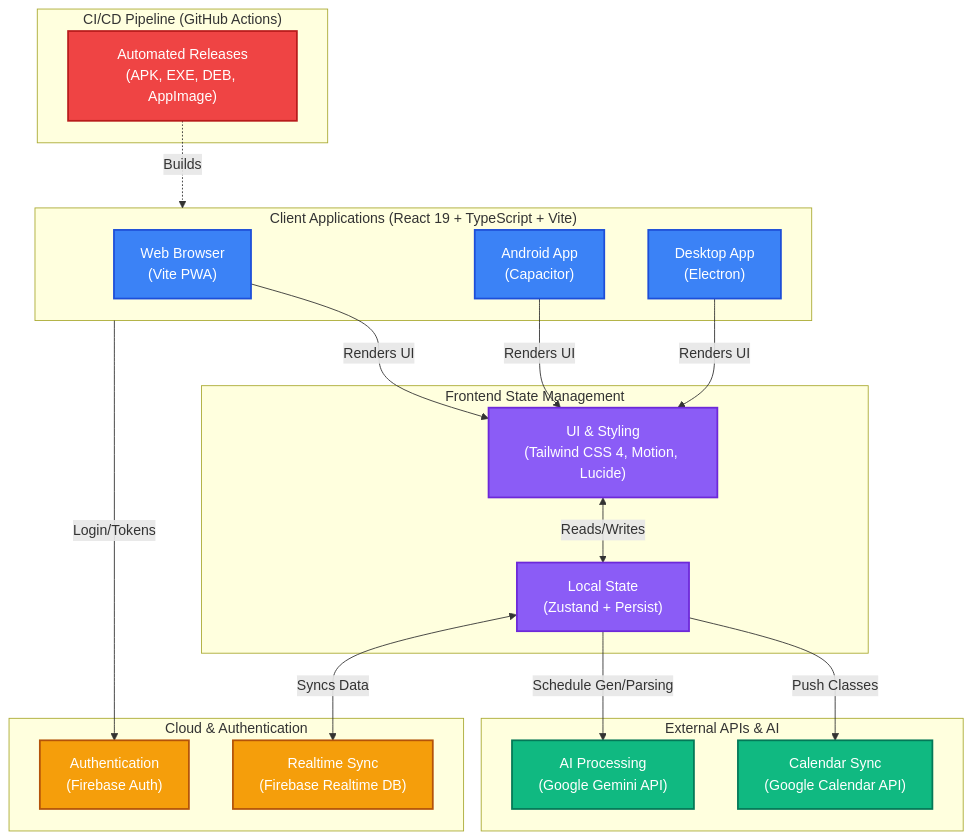
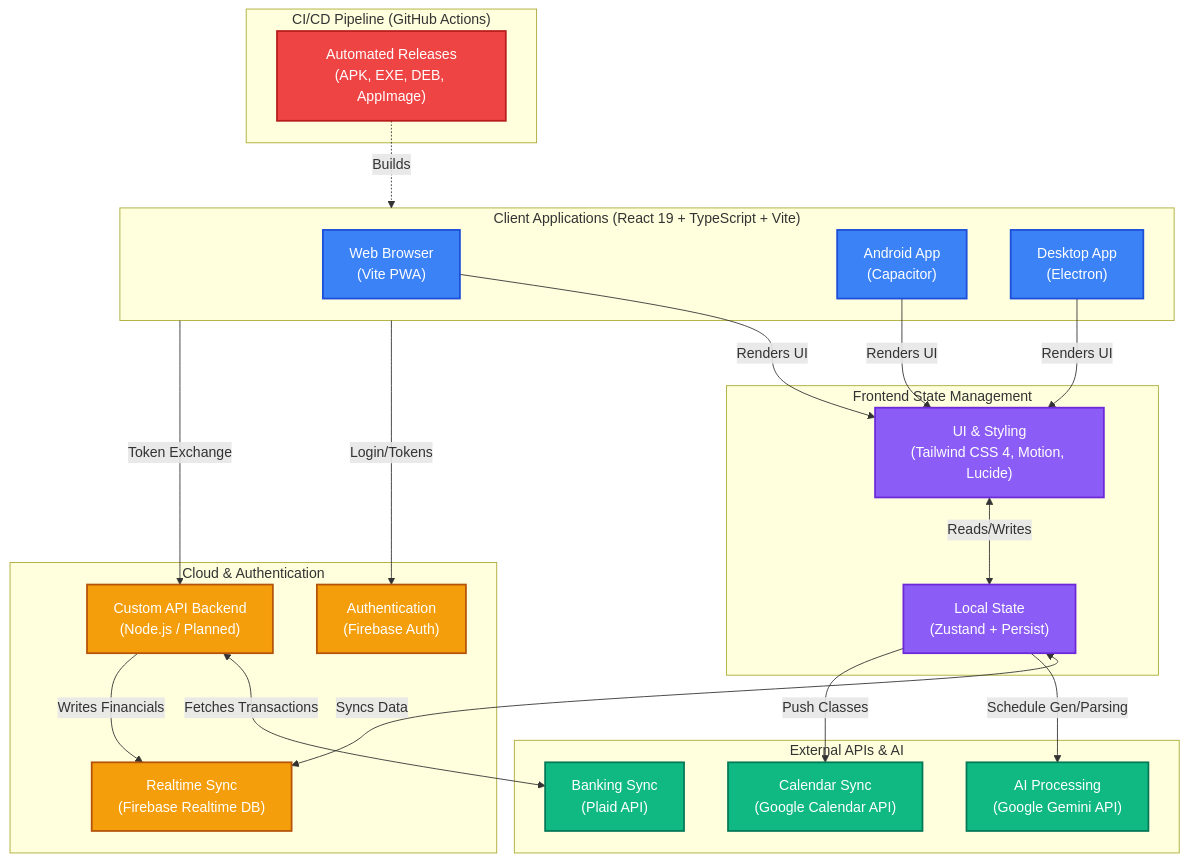
Before and after one commit to CODER-7777/Personal-Hub: the second of 2 diagrams in README.md, drawn with Mermaid. The commit also changed other lines of this file, not shown here.

````diff
--- a/README.md
+++ b/README.md
@@ -89,55 +100,61 @@
 ```mermaid
 flowchart TB
     subgraph Clients["Client Applications (React 19 + TypeScript + Vite)"]
         Web[" Web Browser<br/>(Vite PWA)"]
         Android[" Android App<br/>(Capacitor)"]
         Desktop[" Desktop App<br/>(Electron)"]
     end
 
     subgraph State["Frontend State Management"]
         Zustand[" Local State<br/>(Zustand + Persist)"]
         Styling[" UI & Styling<br/>(Tailwind CSS 4, Motion, Lucide)"]
     end
 
     subgraph Backend["Cloud & Authentication"]
         Auth[" Authentication<br/>(Firebase Auth)"]
         DB[" Realtime Sync<br/>(Firebase Realtime DB)"]
+        CustomAPI[" Custom API Backend<br/>(Node.js / Planned)"]
     end
 
     subgraph ThirdParty["External APIs & AI"]
         Gemini[" AI Processing<br/>(Google Gemini API)"]
         GCal[" Calendar Sync<br/>(Google Calendar API)"]
+        Plaid[" Banking Sync<br/>(Plaid API)"]
     end
 
     subgraph Pipeline["CI/CD Pipeline (GitHub Actions)"]
         GH[" Automated Releases<br/>(APK, EXE, DEB, AppImage)"]
     end
 
     %% Client routing to state
     Web -->|Renders UI| Styling
     Android -->|Renders UI| Styling
     Desktop -->|Renders UI| Styling
 
     Styling <-->|Reads/Writes| Zustand
 
     %% State and direct client API connections
     Zustand <-->|Syncs Data| DB
     Clients -->|Login/Tokens| Auth
+    Clients -->|Token Exchange| CustomAPI
 
     Zustand -->|Schedule Gen/Parsing| Gemini
     Zustand -->|Push Classes| GCal
     
+    CustomAPI <-->|Fetches Transactions| Plaid
+    CustomAPI -->|Writes Financials| DB
+
     GH -.->|Builds| Clients
 
     classDef client fill:#3b82f6,stroke:#1d4ed8,stroke-width:2px,color:#fff;
     classDef state fill:#8b5cf6,stroke:#6d28d9,stroke-width:2px,color:#fff;
     classDef cloud fill:#f59e0b,stroke:#b45309,stroke-width:2px,color:#fff;
     classDef api fill:#10b981,stroke:#047857,stroke-width:2px,color:#fff;
     classDef ci fill:#ef4444,stroke:#b91c1c,stroke-width:2px,color:#fff;
 
     class Web,Android,Desktop client;
     class Zustand,Styling state;
-    class Auth,DB cloud;
-    class Gemini,GCal api;
+    class Auth,DB,CustomAPI cloud;
+    class Gemini,GCal,Plaid api;
     class GH ci;
 ```
````
